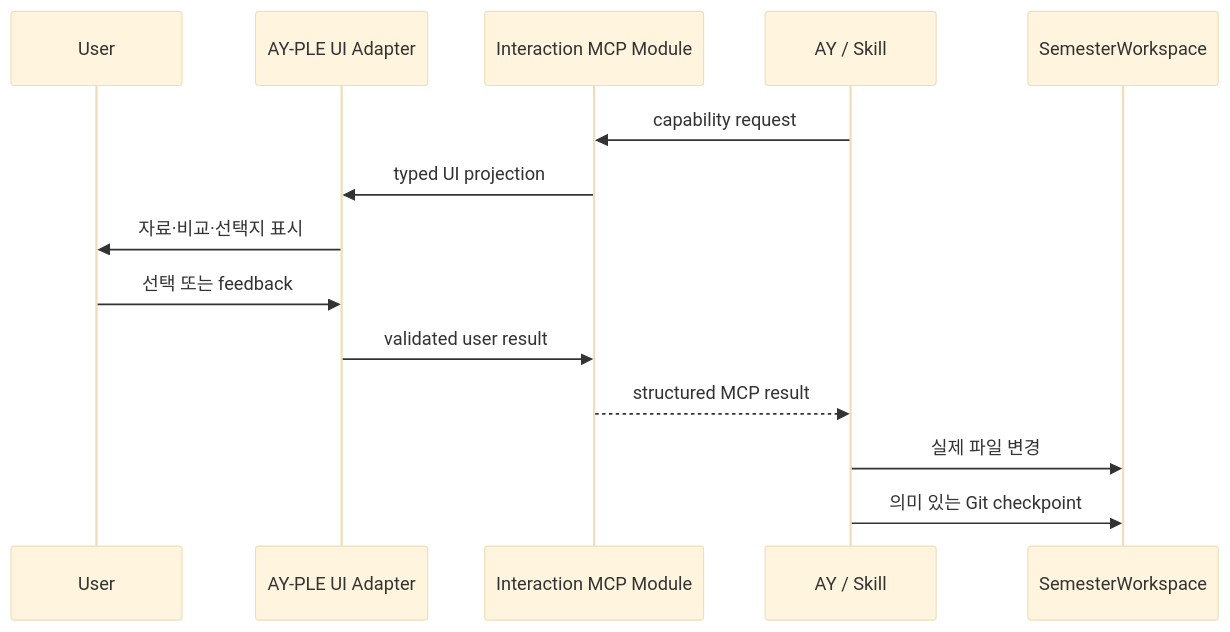
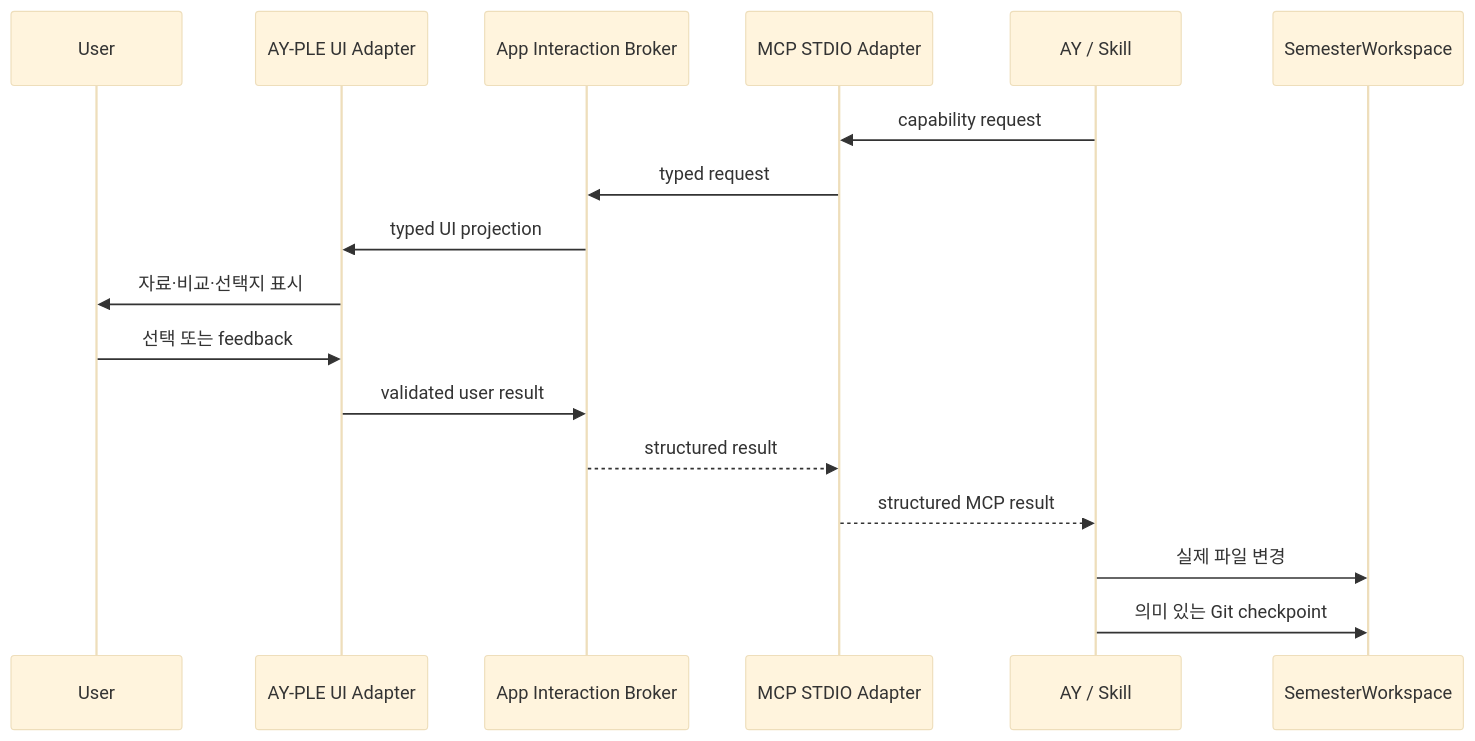
Before and after one commit to Mureung1/hub-showcase: the diagram in docs/architecture/ay-app-interaction-capabilities.md, drawn with Mermaid (base theme). The commit also changed other lines of this file and 6 other files, not shown here.

Commit message:
docs: bind interaction mcp through project config

````diff
--- a/docs/architecture/ay-app-interaction-capabilities.md
+++ b/docs/architecture/ay-app-interaction-capabilities.md
@@ -27,17 +28,20 @@
 ```mermaid
 sequenceDiagram
     participant U as User
     participant UI as AY-PLE UI Adapter
-    participant M as Interaction MCP Module
+    participant B as App Interaction Broker
+    participant M as MCP STDIO Adapter
     participant AY as AY / Skill
     participant W as SemesterWorkspace
 
     AY->>M: capability request
-    M->>UI: typed UI projection
+    M->>B: typed request
+    B->>UI: typed UI projection
     UI->>U: 자료·비교·선택지 표시
     U->>UI: 선택 또는 feedback
-    UI->>M: validated user result
+    UI->>B: validated user result
+    B-->>M: structured result
     M-->>AY: structured MCP result
     AY->>W: 실제 파일 변경
     AY->>W: 의미 있는 Git checkpoint
 ```
````
